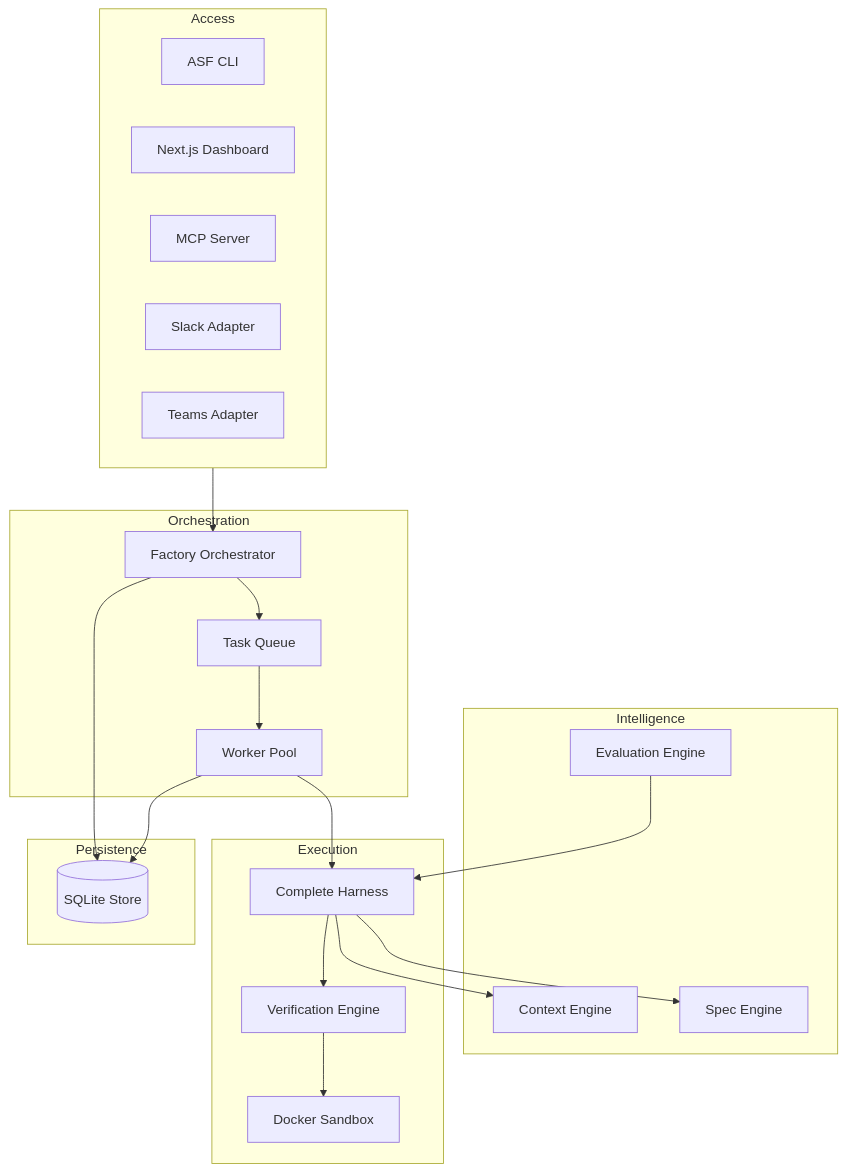
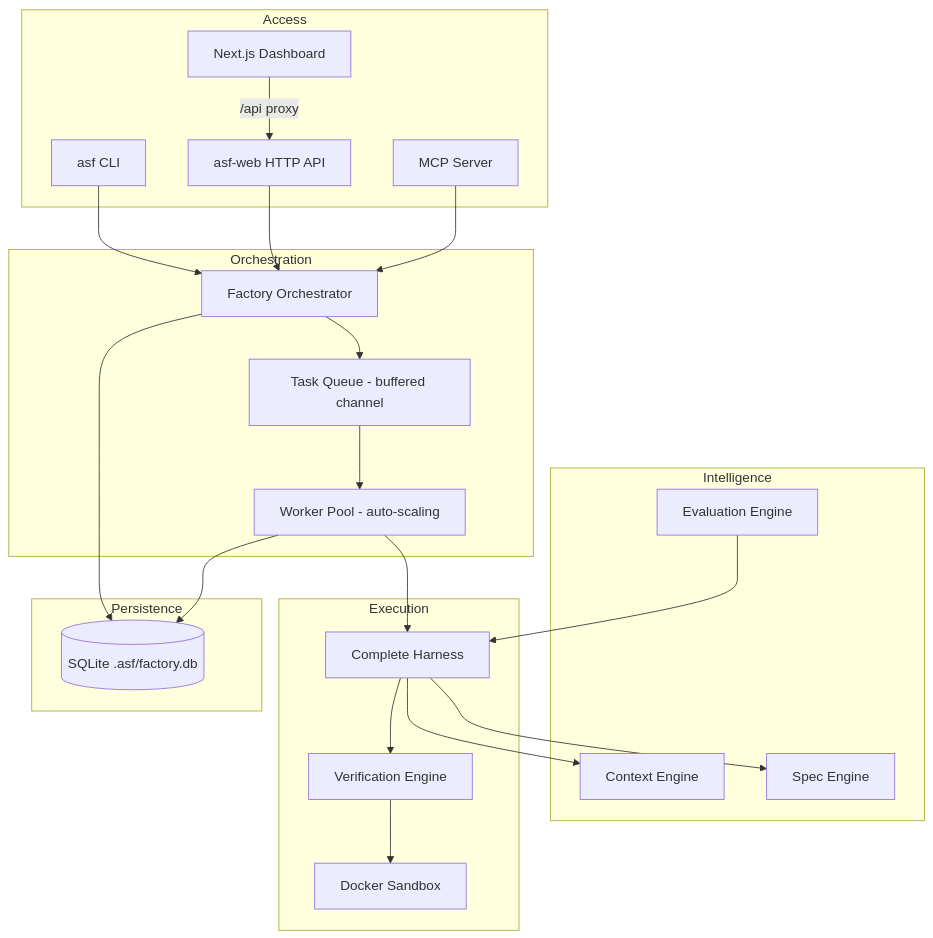
Before and after one commit to PratikDhanave/agentic-software-factory-go: the first of 3 diagrams in README.md, drawn with Mermaid. The commit also changed other lines of this file and 4 other files, not shown here.

````diff
--- a/README.md
+++ b/README.md
@@ -9,44 +39,45 @@
 ```mermaid
 graph TD
     subgraph Access
-        CLI[ASF CLI]
+        CLI[asf CLI]
         WebUI[Next.js Dashboard]
+        API[asf-web HTTP API]
         MCP[MCP Server]
-        Slack[Slack Adapter]
-        Teams[Teams Adapter]
     end
 
     subgraph Orchestration
         Orch[Factory Orchestrator]
-        Queue[Task Queue]
-        Workers[Worker Pool]
+        Queue[Task Queue - buffered channel]
+        Workers[Worker Pool - auto-scaling]
     end
 
     subgraph Intelligence
         Context[Context Engine]
         Specs[Spec Engine]
         Eval[Evaluation Engine]
     end
 
     subgraph Execution
         Harness[Complete Harness]
         Verify[Verification Engine]
         Sandbox[Docker Sandbox]
     end
 
     subgraph Persistence
-        DB[(SQLite Store)]
+        DB[(SQLite .asf/factory.db)]
     end
 
-    Access --> Orch
-    Orch --> Queue
-    Queue --> Workers
+    WebUI -->|/api proxy| API
+    CLI --> Orch
+    API --> Orch
+    MCP --> Orch
+    Orch --> Queue --> Workers
     Workers --> Harness
     Harness --> Context
     Harness --> Specs
     Harness --> Verify
     Verify --> Sandbox
     Orch --> DB
     Workers --> DB
     Eval --> Harness
 ```
````
